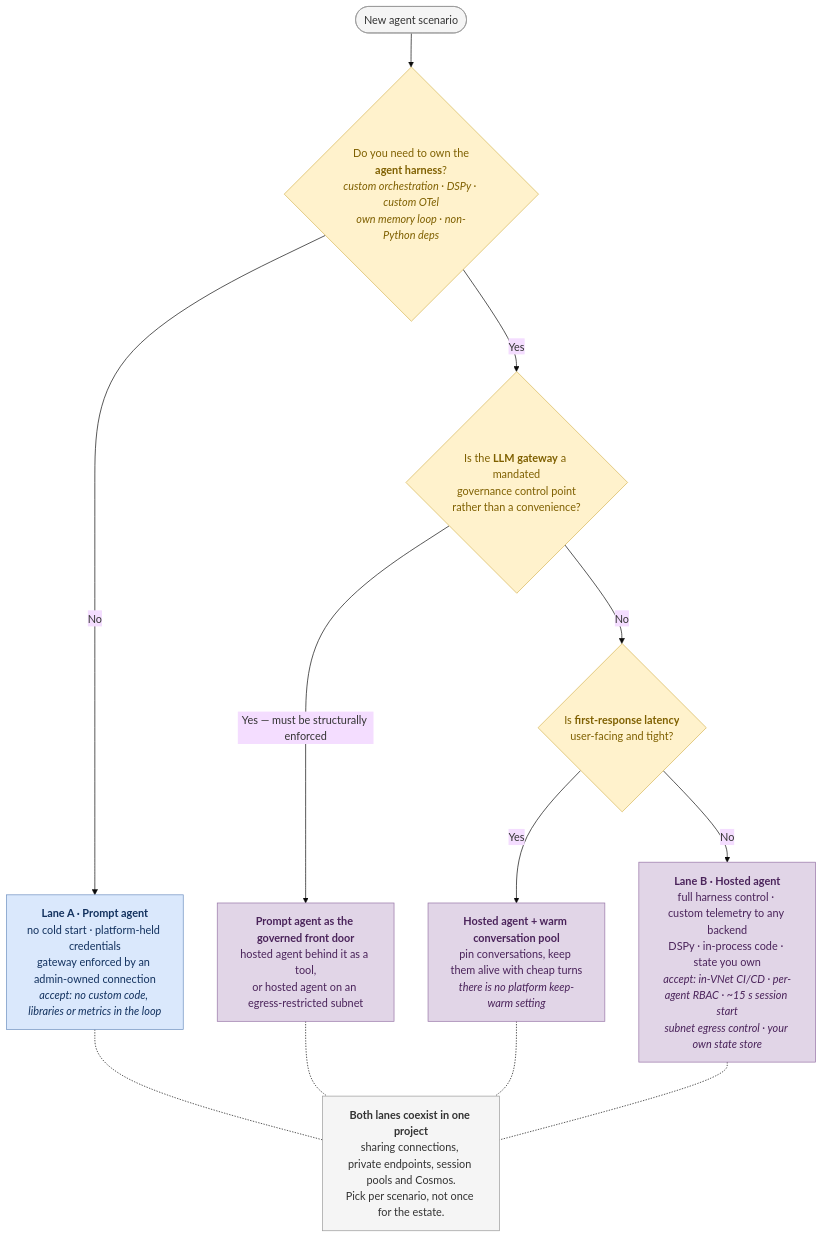
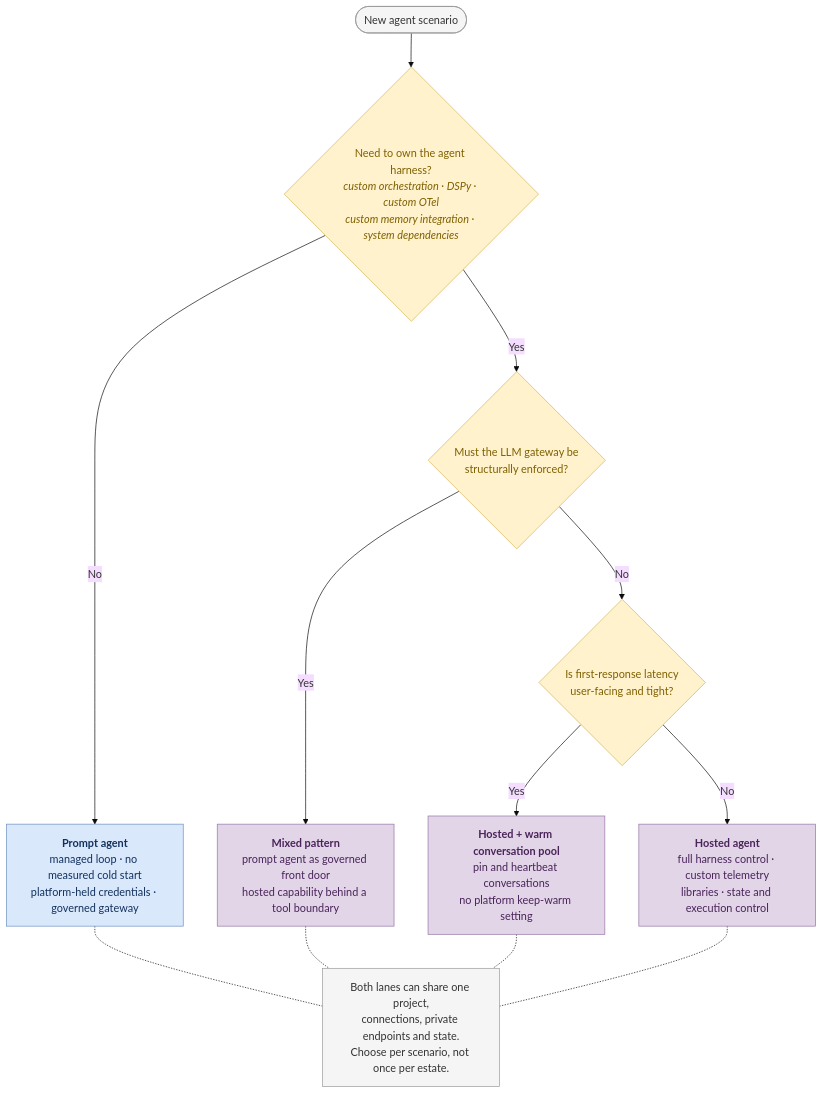
One commit to james-tn/foundry-agent-secure-patterns changed the second of 2 diagrams in README.md. Above: the diagram before and after it, drawn with Mermaid (base theme). The commit also changed other lines of this file and 8 other files, not shown here.

````diff
--- a/README.md
+++ b/README.md
@@ -134,35 +122,35 @@
 ```mermaid
 flowchart TB
   START(["New agent scenario"])
-  Q1{"Do you need to own the<br/><b>agent harness</b>?<br/><i>custom orchestration · DSPy · custom OTel<br/>own memory loop · non-Python deps</i>"}
-  Q2{"Is the <b>LLM gateway</b> a mandated<br/>governance control point<br/>rather than a convenience?"}
-  Q3{"Is <b>first-response latency</b><br/>user-facing and tight?"}
+  CONTROL{"Need to own the agent harness?<br/><i>custom orchestration · DSPy · custom OTel<br/>custom memory integration · system dependencies</i>"}
+  GATEWAY{"Must the LLM gateway be<br/>structurally enforced?"}
+  LATENCY{"Is first-response latency<br/>user-facing and tight?"}
 
-  PROMPT["<b>Lane A · Prompt agent</b><br/>no cold start · platform-held credentials<br/>gateway enforced by an admin-owned connection<br/><i>accept: no custom code, libraries or metrics in the loop</i>"]
-  HOSTED["<b>Lane B · Hosted agent</b><br/>full harness control · custom telemetry to any backend<br/>DSPy · in-process code · state you own<br/><i>accept: in-VNet CI/CD · per-agent RBAC · ~15 s session start<br/>subnet egress control · your own state store</i>"]
-  MIX["<b>Prompt agent as the governed front door</b><br/>hosted agent behind it as a tool,<br/>or hosted agent on an egress-restricted subnet"]
-  WARM["<b>Hosted agent + warm conversation pool</b><br/>pin conversations, keep them alive with cheap turns<br/><i>there is no platform keep-warm setting</i>"]
+  PROMPT["<b>Prompt agent</b><br/>managed loop · no measured cold start<br/>platform-held credentials · governed gateway"]
+  HOSTED["<b>Hosted agent</b><br/>full harness control · custom telemetry<br/>libraries · state and execution control"]
+  MIXED["<b>Mixed pattern</b><br/>prompt agent as governed front door<br/>hosted capability behind a tool boundary"]
+  WARM["<b>Hosted + warm conversation pool</b><br/>pin and heartbeat conversations<br/>no platform keep-warm setting"]
 
-  START --> Q1
-  Q1 -->|"No"| PROMPT
-  Q1 -->|"Yes"| Q2
-  Q2 -->|"Yes — must be structurally enforced"| MIX
-  Q2 -->|"No"| Q3
-  Q3 -->|"Yes"| WARM
-  Q3 -->|"No"| HOSTED
+  START --> CONTROL
+  CONTROL -->|"No"| PROMPT
+  CONTROL -->|"Yes"| GATEWAY
+  GATEWAY -->|"Yes"| MIXED
+  GATEWAY -->|"No"| LATENCY
+  LATENCY -->|"Yes"| WARM
+  LATENCY -->|"No"| HOSTED
 
-  NOTE["<b>Both lanes coexist in one project</b><br/>sharing connections, private endpoints, session pools and Cosmos.<br/>Pick per scenario, not once for the estate."]
+  NOTE["Both lanes can share one project,<br/>connections, private endpoints and state.<br/>Choose per scenario, not once per estate."]
   PROMPT -.- NOTE
-  MIX -.- NOTE
+  HOSTED -.- NOTE
+  MIXED -.- NOTE
   WARM -.- NOTE
-  HOSTED -.- NOTE
 
-  classDef a fill:#dae8fc,stroke:#6c8ebf,color:#12315e
-  classDef b fill:#e1d5e7,stroke:#9673a6,color:#4a235a
-  classDef q fill:#fff2cc,stroke:#d6b656,color:#7f6000
-  classDef n fill:#f5f5f5,stroke:#999,color:#333
-  class PROMPT a
-  class HOSTED,WARM,MIX b
-  class Q1,Q2,Q3 q
-  class NOTE,START n
+  classDef prompt fill:#dae8fc,stroke:#6c8ebf,color:#12315e
+  classDef hosted fill:#e1d5e7,stroke:#9673a6,color:#4a235a
+  classDef decision fill:#fff2cc,stroke:#d6b656,color:#7f6000
+  classDef neutral fill:#f5f5f5,stroke:#999,color:#333
+  class PROMPT prompt
+  class HOSTED,MIXED,WARM hosted
+  class CONTROL,GATEWAY,LATENCY decision
+  class START,NOTE neutral
 ```
````
